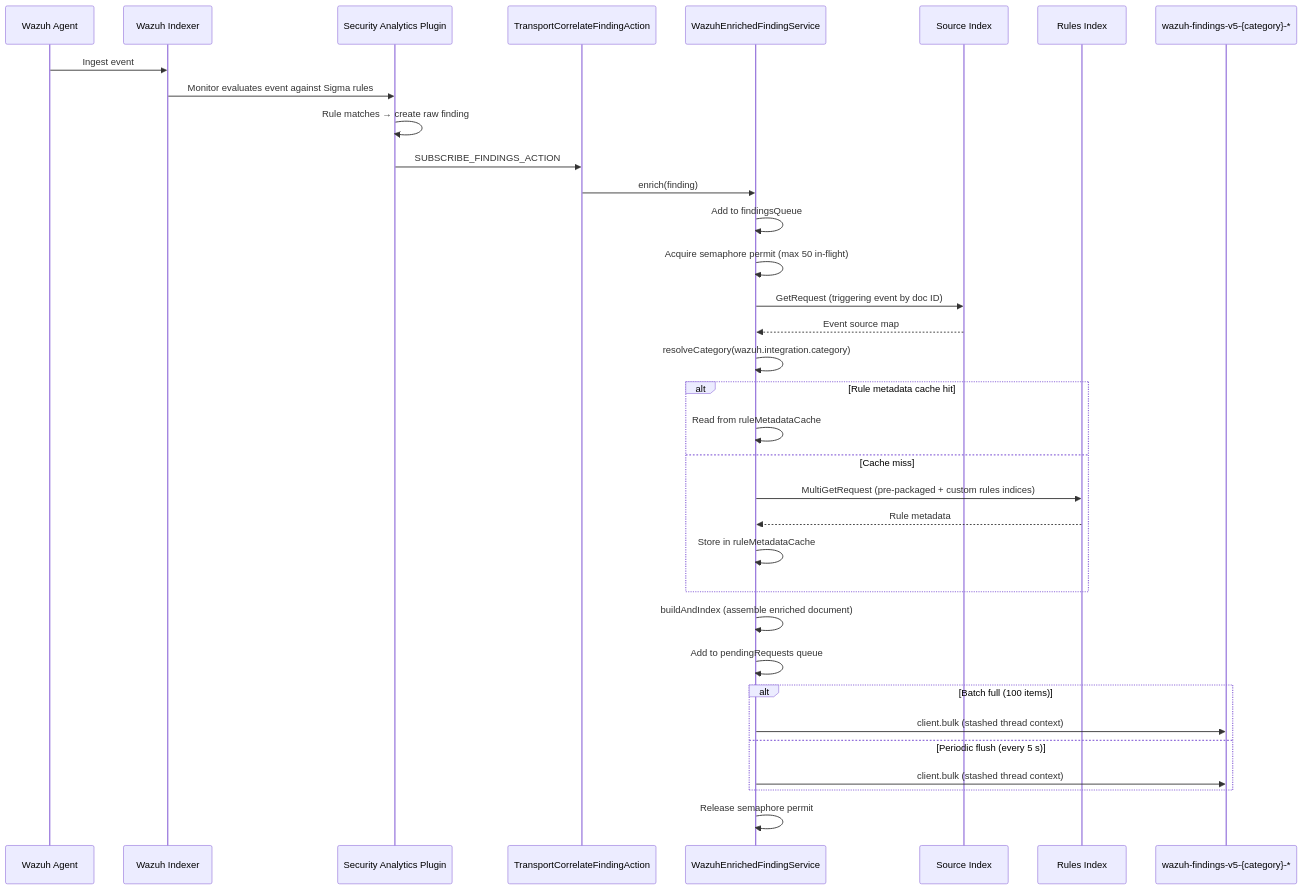
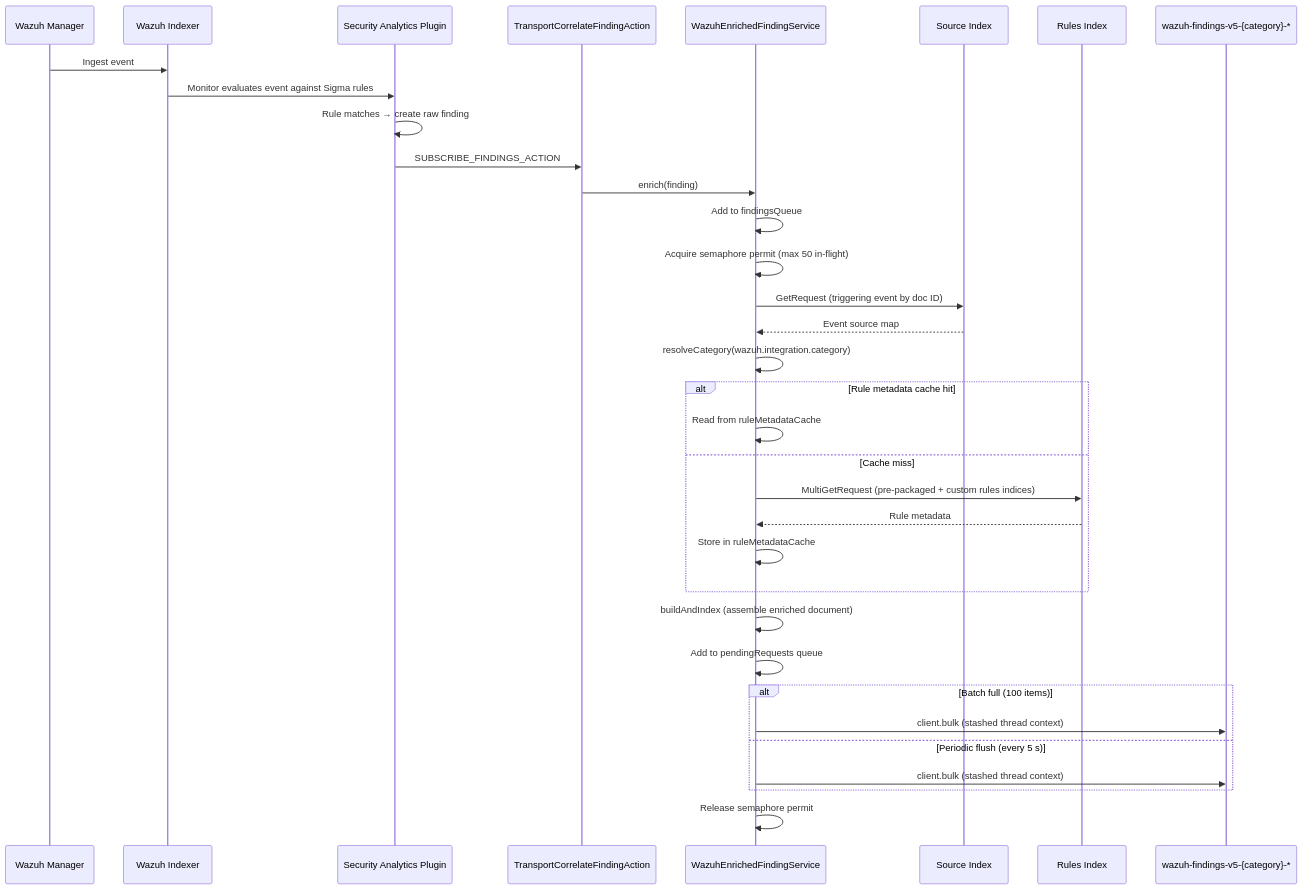
Before and after one commit to wazuh/wazuh-indexer-plugins: the diagram in docs/ref/modules/security-analytics/architecture.md, drawn with Mermaid.

Commit message:
Apply suggestion from @QU3B1M

````diff
--- a/docs/ref/modules/security-analytics/architecture.md
+++ b/docs/ref/modules/security-analytics/architecture.md
@@ -9,37 +9,37 @@
 ```mermaid
 sequenceDiagram
-    participant A as Wazuh Agent
+    participant A as Wazuh Manager
     participant I as Wazuh Indexer
     participant SAP as Security Analytics Plugin
     participant TC as TransportCorrelateFindingAction
     participant WS as WazuhEnrichedFindingService
     participant SI as Source Index
     participant RI as Rules Index
     participant WF as wazuh-findings-v5-{category}-*
 
     A->>I: Ingest event
     I->>SAP: Monitor evaluates event against Sigma rules
     SAP->>SAP: Rule matches → create raw finding
     SAP->>TC: SUBSCRIBE_FINDINGS_ACTION
     TC->>WS: enrich(finding)
     WS->>WS: Add to findingsQueue
     WS->>WS: Acquire semaphore permit (max 50 in-flight)
     WS->>SI: GetRequest (triggering event by doc ID)
     SI-->>WS: Event source map
     WS->>WS: resolveCategory(wazuh.integration.category)
     alt Rule metadata cache hit
         WS->>WS: Read from ruleMetadataCache
     else Cache miss
         WS->>RI: MultiGetRequest (pre-packaged + custom rules indices)
         RI-->>WS: Rule metadata
         WS->>WS: Store in ruleMetadataCache
     end
     WS->>WS: buildAndIndex (assemble enriched document)
     WS->>WS: Add to pendingRequests queue
     alt Batch full (100 items)
         WS->>WF: client.bulk (stashed thread context)
     else Periodic flush (every 5 s)
         WS->>WF: client.bulk (stashed thread context)
     end
     WS->>WS: Release semaphore permit
 ```
````
